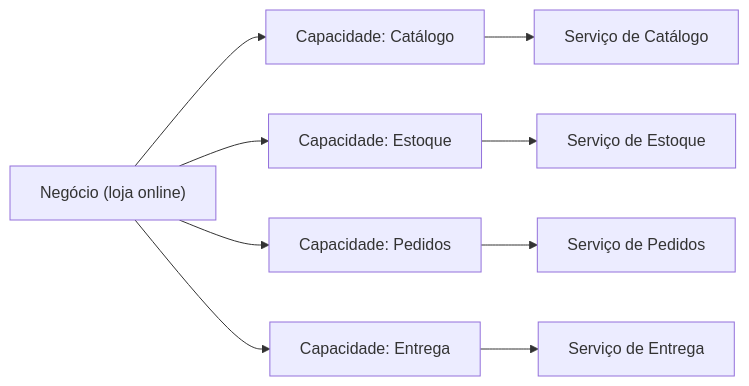
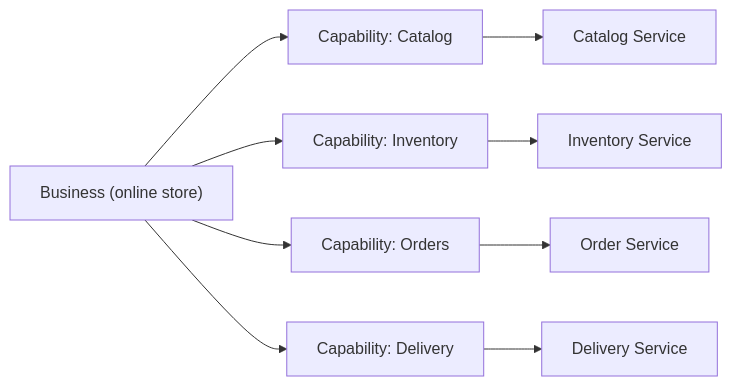
The diagram in docs/architecture/microservices/service-boundaries/decompose-by-business-capability.md (alancesar/design-patterns), drawn with Mermaid before and after one commit. The commit also changed 258 other files, not shown here.

First line of the commit message:
Translate Mermaid diagrams to English

````diff
--- a/docs/architecture/microservices/service-boundaries/decompose-by-business-capability.md
+++ b/docs/architecture/microservices/service-boundaries/decompose-by-business-capability.md
@@ -50,11 +50,11 @@
 ```mermaid
 flowchart LR
-    N["Negócio (loja online)"] --> C1["Capacidade: Catálogo"]
-    N --> C2["Capacidade: Estoque"]
-    N --> C3["Capacidade: Pedidos"]
-    N --> C4["Capacidade: Entrega"]
-    C1 --> S1["Serviço de Catálogo"]
-    C2 --> S2["Serviço de Estoque"]
-    C3 --> S3["Serviço de Pedidos"]
-    C4 --> S4["Serviço de Entrega"]
+    N["Business (online store)"] --> C1["Capability: Catalog"]
+    N --> C2["Capability: Inventory"]
+    N --> C3["Capability: Orders"]
+    N --> C4["Capability: Delivery"]
+    C1 --> S1["Catalog Service"]
+    C2 --> S2["Inventory Service"]
+    C3 --> S3["Order Service"]
+    C4 --> S4["Delivery Service"]
 ```
````
